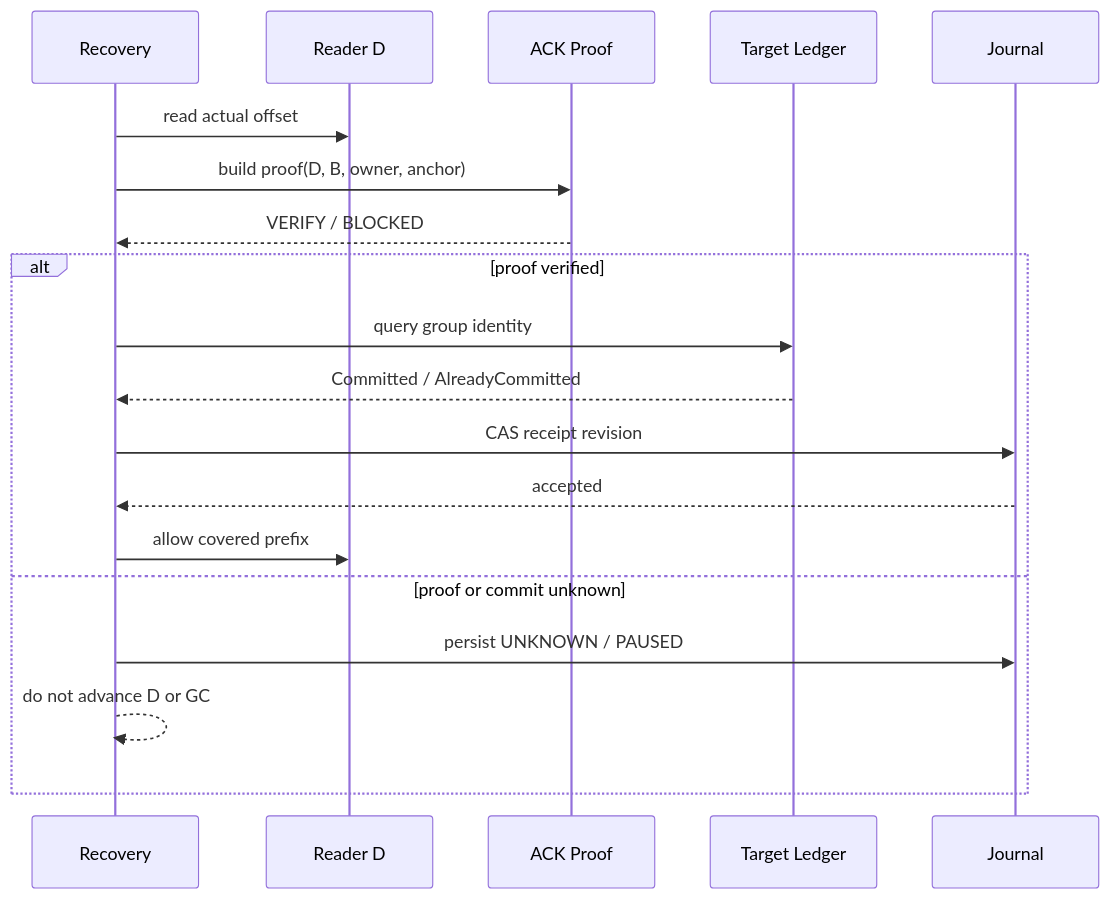
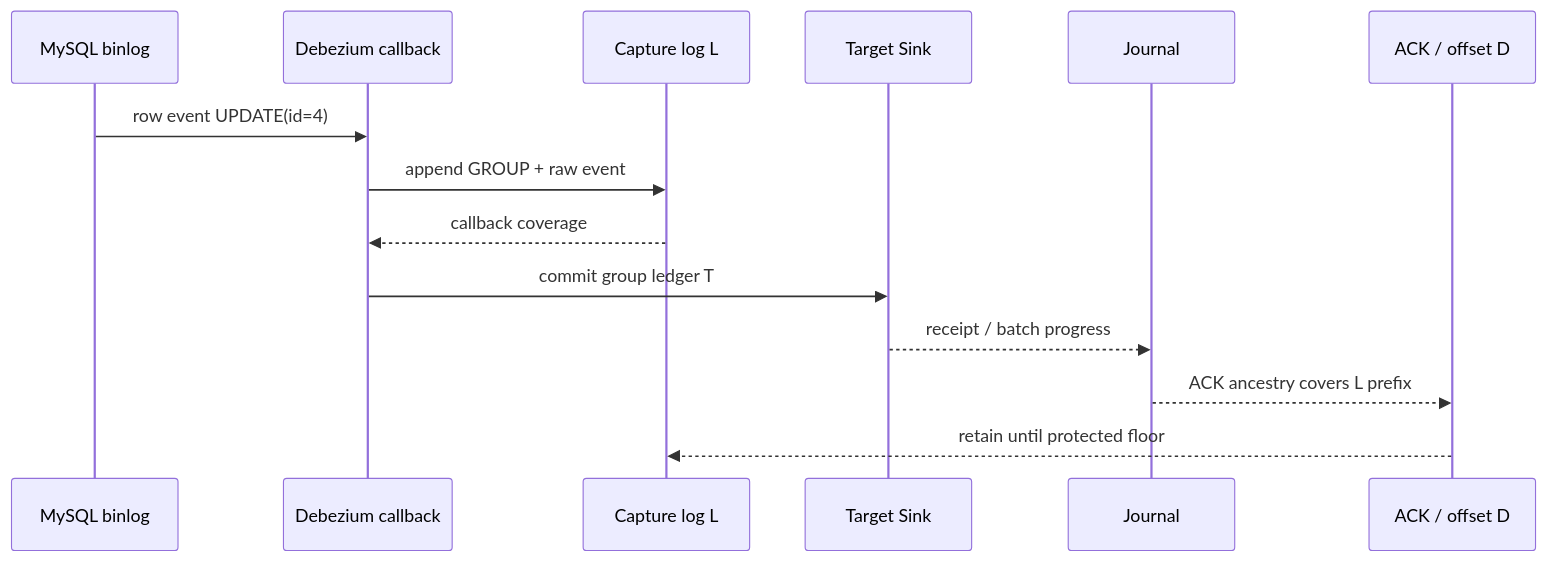
One commit to Xuxiaotuan/Xuxiaotuan.github.io changed the first of 2 diagrams in _posts/pekko/2026-10-18-pekko-cdc-2-recovery-contract.md. Above: the diagram before and after it, drawn with Mermaid. The commit also changed other lines of this file and 2 other files, not shown here.

Commit message:
docs(pekko-cdc): reorder reading path around update and recovery

````diff
--- a/_posts/pekko/2026-10-18-pekko-cdc-2-recovery-contract.md
+++ b/_posts/pekko/2026-10-18-pekko-cdc-2-recovery-contract.md
@@ -255,21 +42,16 @@
 ```mermaid
 sequenceDiagram
-    participant R as Recovery
-    participant D as Reader D
-    participant P as ACK Proof
-    participant T as Target Ledger
+    participant M as MySQL binlog
+    participant R as Debezium callback
+    participant L as Capture log L
+    participant S as Target Sink
     participant J as Journal
-    R->>D: read actual offset
-    R->>P: build proof(D, B, owner, anchor)
-    P-->>R: VERIFY / BLOCKED
-    alt proof verified
-        R->>T: query group identity
-        T-->>R: Committed / AlreadyCommitted
-        R->>J: CAS receipt revision
-        J-->>R: accepted
-        R->>D: allow covered prefix
-    else proof or commit unknown
-        R->>J: persist UNKNOWN / PAUSED
-        R-->>R: do not advance D or GC
-    end
+    participant D as ACK / offset D
+    M->>R: row event UPDATE(id=4)
+    R->>L: append GROUP + raw event
+    L-->>R: callback coverage
+    R->>S: commit group ledger T
+    S-->>J: receipt / batch progress
+    J-->>D: ACK ancestry covers L prefix
+    D-->>L: retain until protected floor
 ```
````
